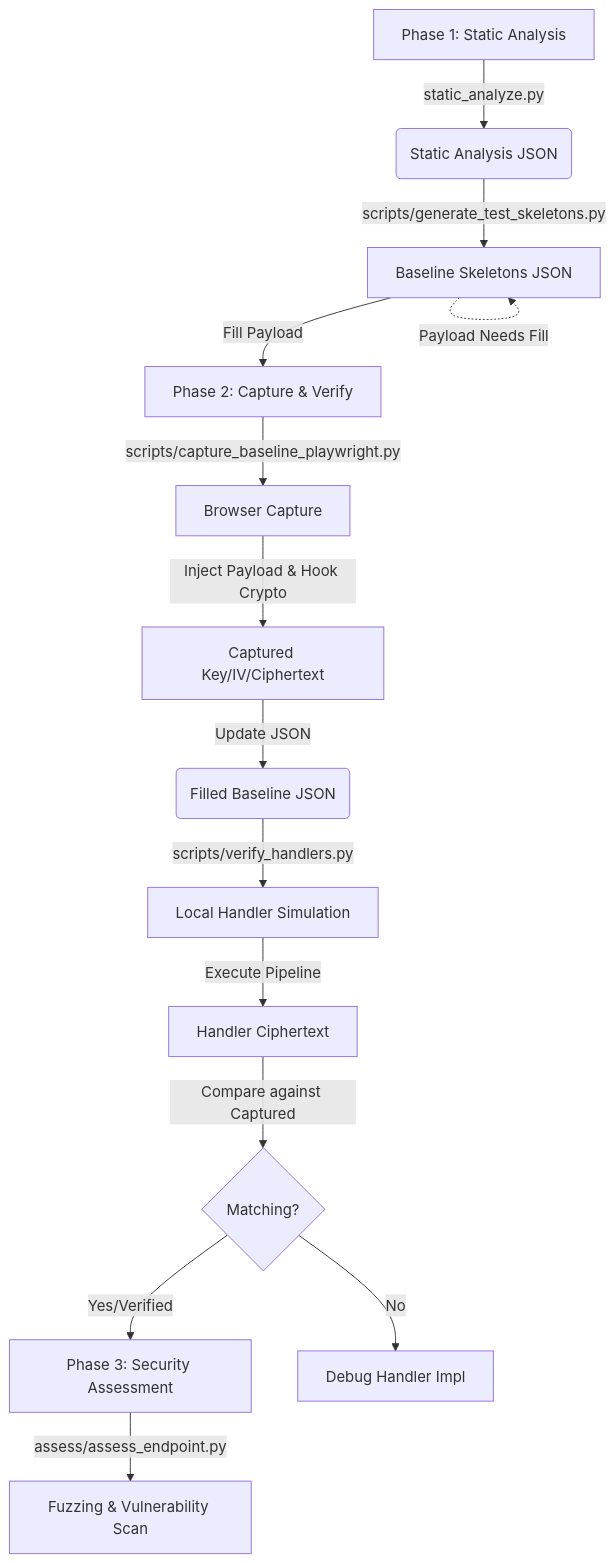
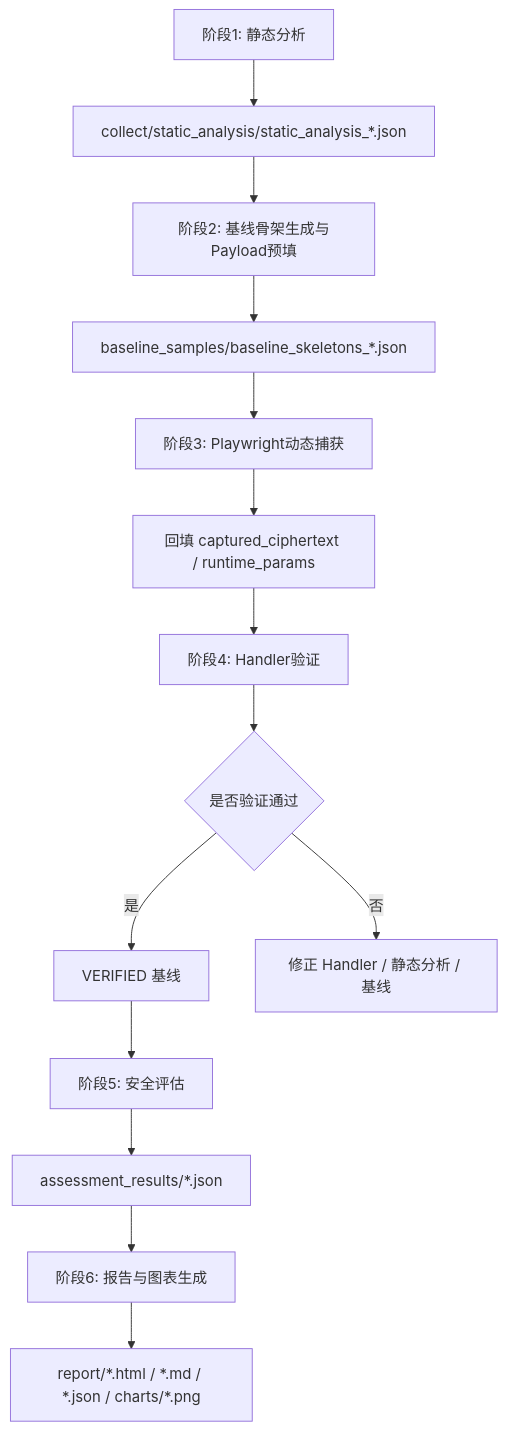
One commit to yuzheng0331/Reverse-Analysis-and-Automated-Security-Assessment-of-Web-API changed the diagram in README.md. Above: the diagram before and after it, drawn with Mermaid. The commit also changed other lines of this file and 70 other files, not shown here.

````diff
--- a/README.md
+++ b/README.md
@@ -45,19 +59,16 @@
 ```mermaid
 graph TD
-    A[Phase 1: Static Analysis] -->|static_analyze.py| B(Static Analysis JSON)
-    B -->|scripts/generate_test_skeletons.py| C[Baseline Skeletons JSON]
-    C -.->|Payload Needs Fill| C
-    
-    C -->|Fill Payload| D[Phase 2: Capture & Verify]
-    D -->|scripts/capture_baseline_playwright.py| E[Browser Capture]
-    E -->|Inject Payload & Hook Crypto| F[Captured Key/IV/Ciphertext]
-    F -->|Update JSON| G(Filled Baseline JSON)
-
-    G -->|scripts/verify_handlers.py| H[Local Handler Simulation]
-    H -->|Execute Pipeline| I[Handler Ciphertext]
-    I -->|Compare against Captured| J{Matching?}
-    J -->|Yes/Verified| K[Phase 3: Security Assessment]
-    J -->|No| L[Debug Handler Impl]
-
-    K -->|assess/assess_endpoint.py| M[Fuzzing & Vulnerability Scan]
+    A[阶段1: 静态分析] --> B[collect/static_analysis/static_analysis_*.json]
+    B --> C[阶段2: 基线骨架生成与Payload预填]
+    C --> D[baseline_samples/baseline_skeletons_*.json]
+    D --> E[阶段3: Playwright动态捕获]
+    E --> F[回填 captured_ciphertext / runtime_params]
+    F --> G[阶段4: Handler验证]
+    G --> H{是否验证通过}
+    H -->|是| I[VERIFIED 基线]
+    H -->|否| J[修正 Handler / 静态分析 / 基线]
+    I --> K[阶段5: 安全评估]
+    K --> L[assessment_results/*.json]
+    L --> M[阶段6: 报告与图表生成]
+    M --> N[report/*.html / *.md / *.json / charts/*.png]
 ```
````
